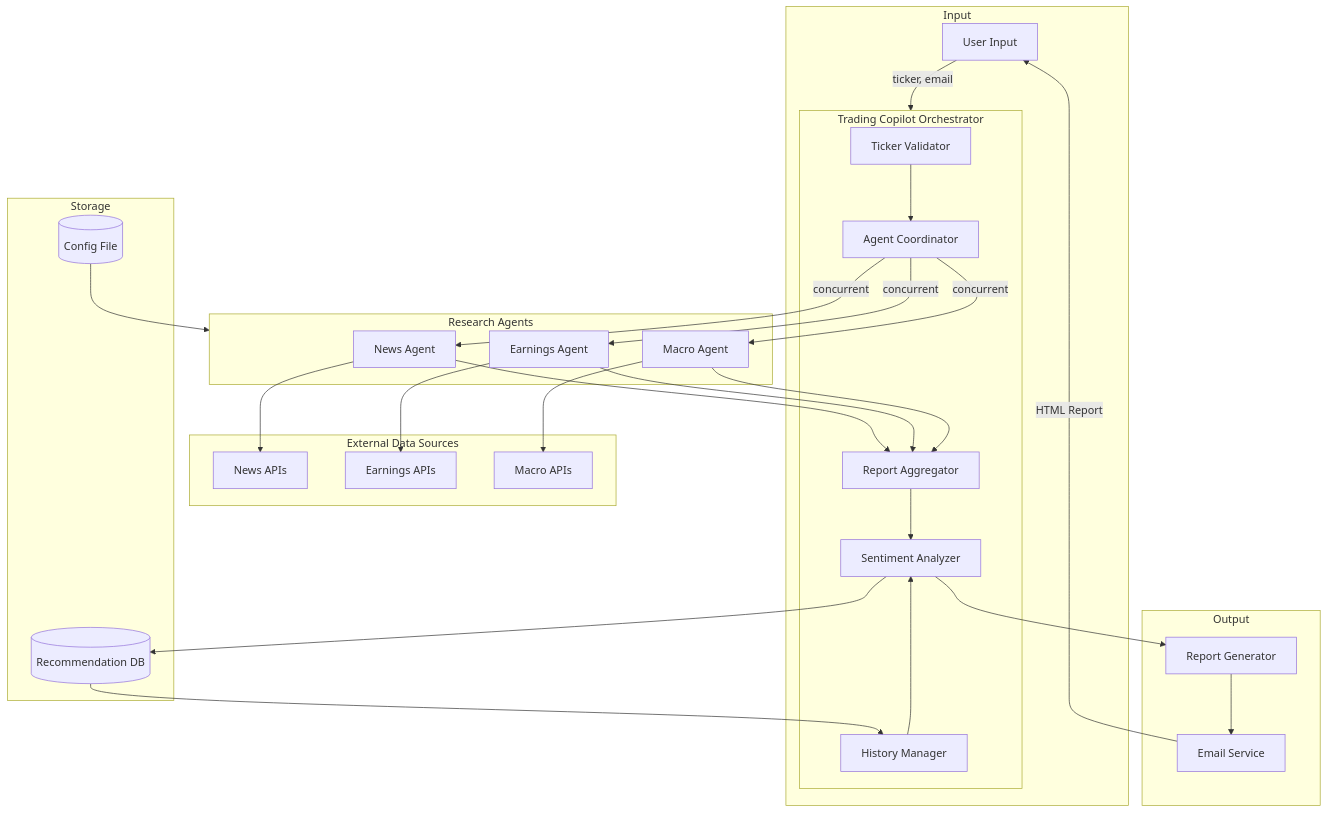
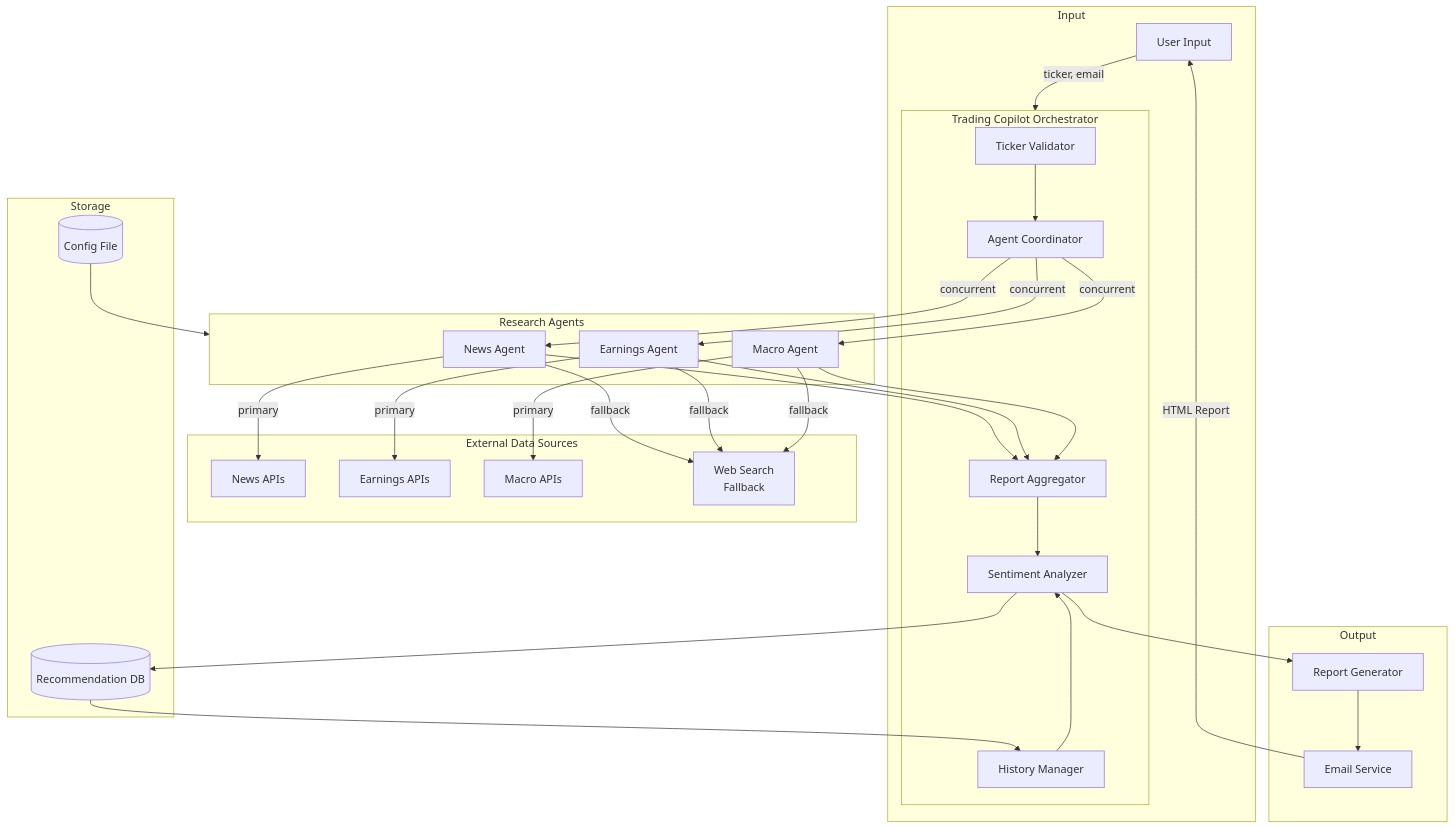
Before and after one commit to avisheks/agentic-trading-copilot: the first of 3 diagrams in .kiro/specs/trading-copilot/design.md, drawn with Mermaid. The commit also changed other lines of this file and 1 other file, not shown here.

First line of the commit message:
docs(design): Add web search fallback strategy for agents

````diff
--- a/.kiro/specs/trading-copilot/design.md
+++ b/.kiro/specs/trading-copilot/design.md
@@ -27,60 +27,64 @@
 ```mermaid
 flowchart TB
     subgraph Input
         User[User Input] --> |ticker, email| Orchestrator
     end
     
     subgraph Orchestrator[Trading Copilot Orchestrator]
         Validator[Ticker Validator]
         AgentCoordinator[Agent Coordinator]
         Aggregator[Report Aggregator]
         SentimentAnalyzer[Sentiment Analyzer]
         HistoryManager[History Manager]
     end
     
     subgraph Agents[Research Agents]
         NewsAgent[News Agent]
         EarningsAgent[Earnings Agent]
         MacroAgent[Macro Agent]
     end
     
     subgraph DataSources[External Data Sources]
         NewsAPI[News APIs]
         EarningsAPI[Earnings APIs]
         MacroAPI[Macro APIs]
+        WebSearch[Web Search<br/>Fallback]
     end
     
     subgraph Storage
         ConfigFile[(Config File)]
         Database[(Recommendation DB)]
     end
     
     subgraph Output
         ReportGenerator[Report Generator]
         EmailService[Email Service]
     end
     
     Validator --> AgentCoordinator
     AgentCoordinator --> |concurrent| NewsAgent
     AgentCoordinator --> |concurrent| EarningsAgent
     AgentCoordinator --> |concurrent| MacroAgent
     
-    NewsAgent --> NewsAPI
-    EarningsAgent --> EarningsAPI
-    MacroAgent --> MacroAPI
+    NewsAgent --> |primary| NewsAPI
+    NewsAgent --> |fallback| WebSearch
+    EarningsAgent --> |primary| EarningsAPI
+    EarningsAgent --> |fallback| WebSearch
+    MacroAgent --> |primary| MacroAPI
+    MacroAgent --> |fallback| WebSearch
     
     NewsAgent --> Aggregator
     EarningsAgent --> Aggregator
     MacroAgent --> Aggregator
     
     ConfigFile --> Agents
     
     Aggregator --> SentimentAnalyzer
     HistoryManager --> SentimentAnalyzer
     Database --> HistoryManager
     
     SentimentAnalyzer --> ReportGenerator
     SentimentAnalyzer --> Database
     ReportGenerator --> EmailService
     EmailService --> |HTML Report| User
 ```
````
